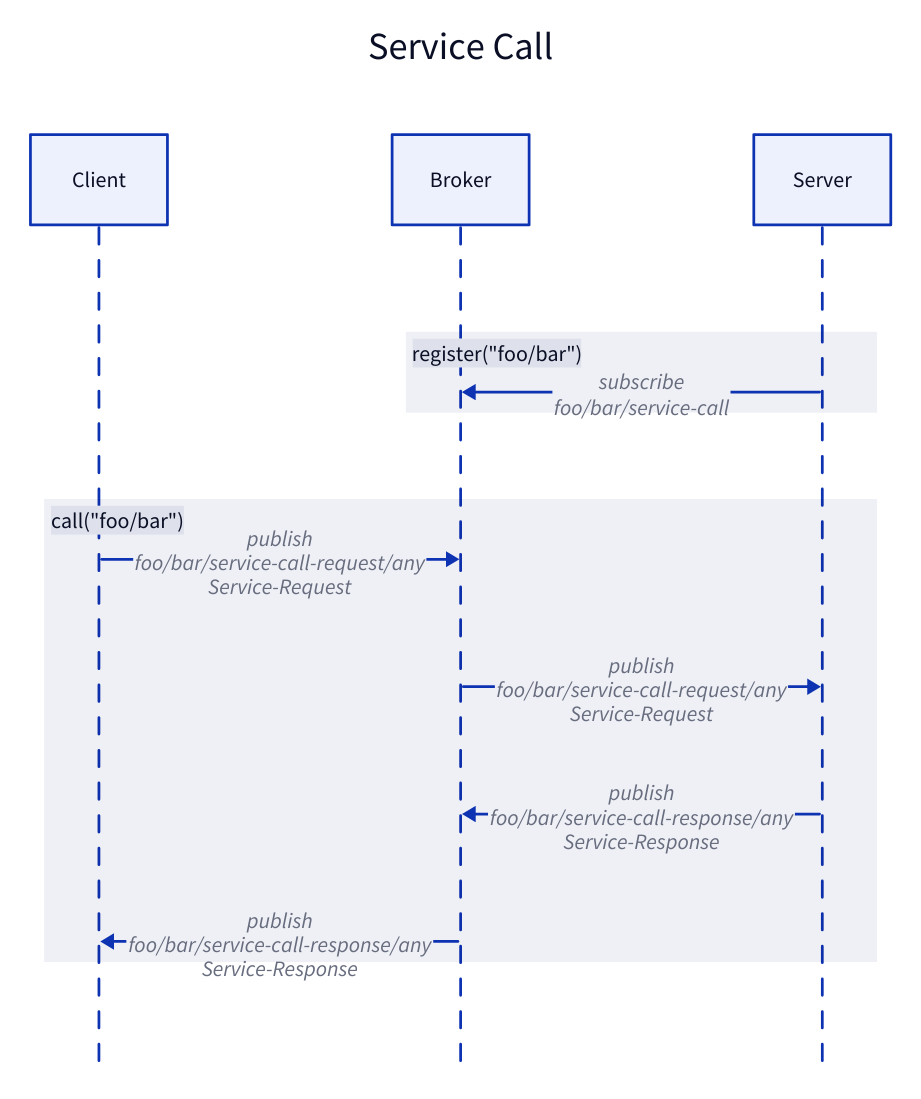
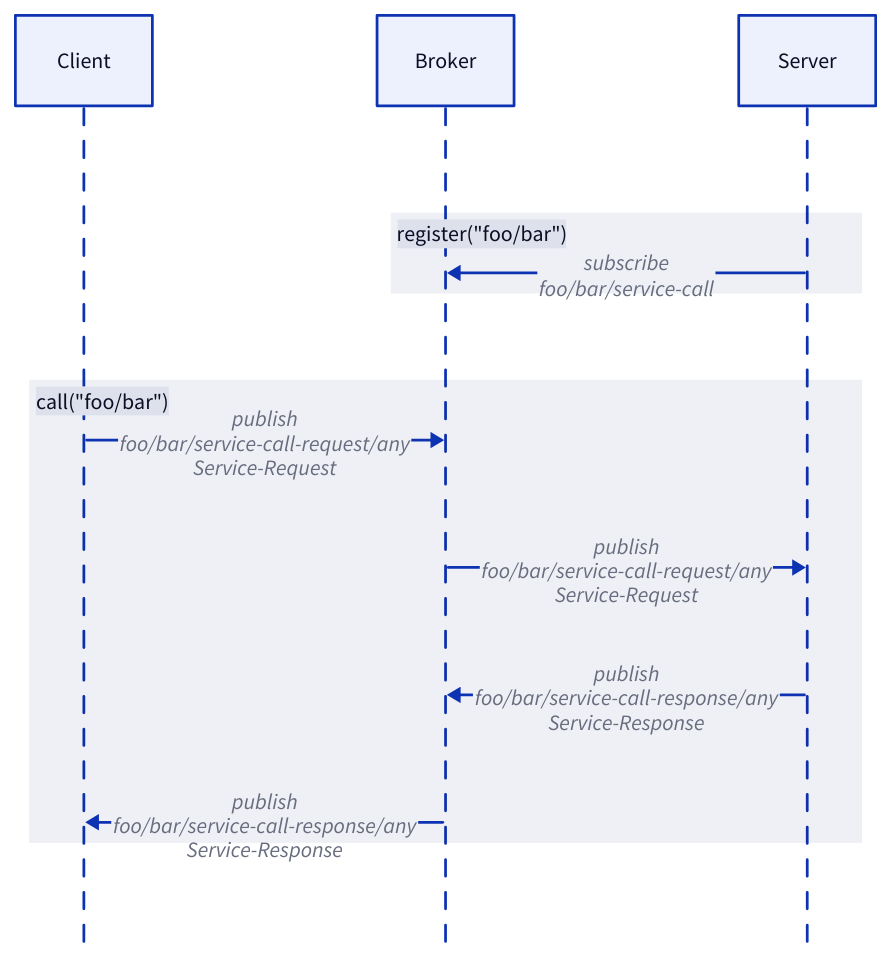
One commit to rse/mqtt-plus changed the diagram in doc/mqtt-plus-3-service-call.d2. Above: the diagram before and after it, drawn with D2. The commit also changed 7 other files, not shown here.

```diff
--- a/doc/mqtt-plus-3-service-call.d2
+++ b/doc/mqtt-plus-3-service-call.d2
@@ -1,20 +1,19 @@
 
-"Service Call": {
-    shape: sequence_diagram
+shape: sequence_diagram
 
-    client: "Client"
-    broker: "Broker"
-    server: "Server"
+client: "Client"
+broker: "Broker"
+server: "Server"
 
-    broker.class: brown
+broker.class: brown
 
-    register("foo/bar") {
-        server -> broker: "subscribe\nfoo/bar/service-call"
-    }
-    call("foo/bar") {
-        client -> broker: "publish\nfoo/bar/service-call-request/any\nService-Request"
-        broker -> server: "publish\nfoo/bar/service-call-request/any\nService-Request"
-        broker <- server: "publish\nfoo/bar/service-call-response/any\nService-Response"
-        client <- broker: "publish\nfoo/bar/service-call-response/any\nService-Response"
-    }
+register("foo/bar") {
+    server -> broker: "subscribe\nfoo/bar/service-call"
 }
+
+call("foo/bar") {
+    client -> broker: "publish\nfoo/bar/service-call-request/any\nService-Request"
+    broker -> server: "publish\nfoo/bar/service-call-request/any\nService-Request"
+    broker <- server: "publish\nfoo/bar/service-call-response/any\nService-Response"
+    client <- broker: "publish\nfoo/bar/service-call-response/any\nService-Response"
+}
```
